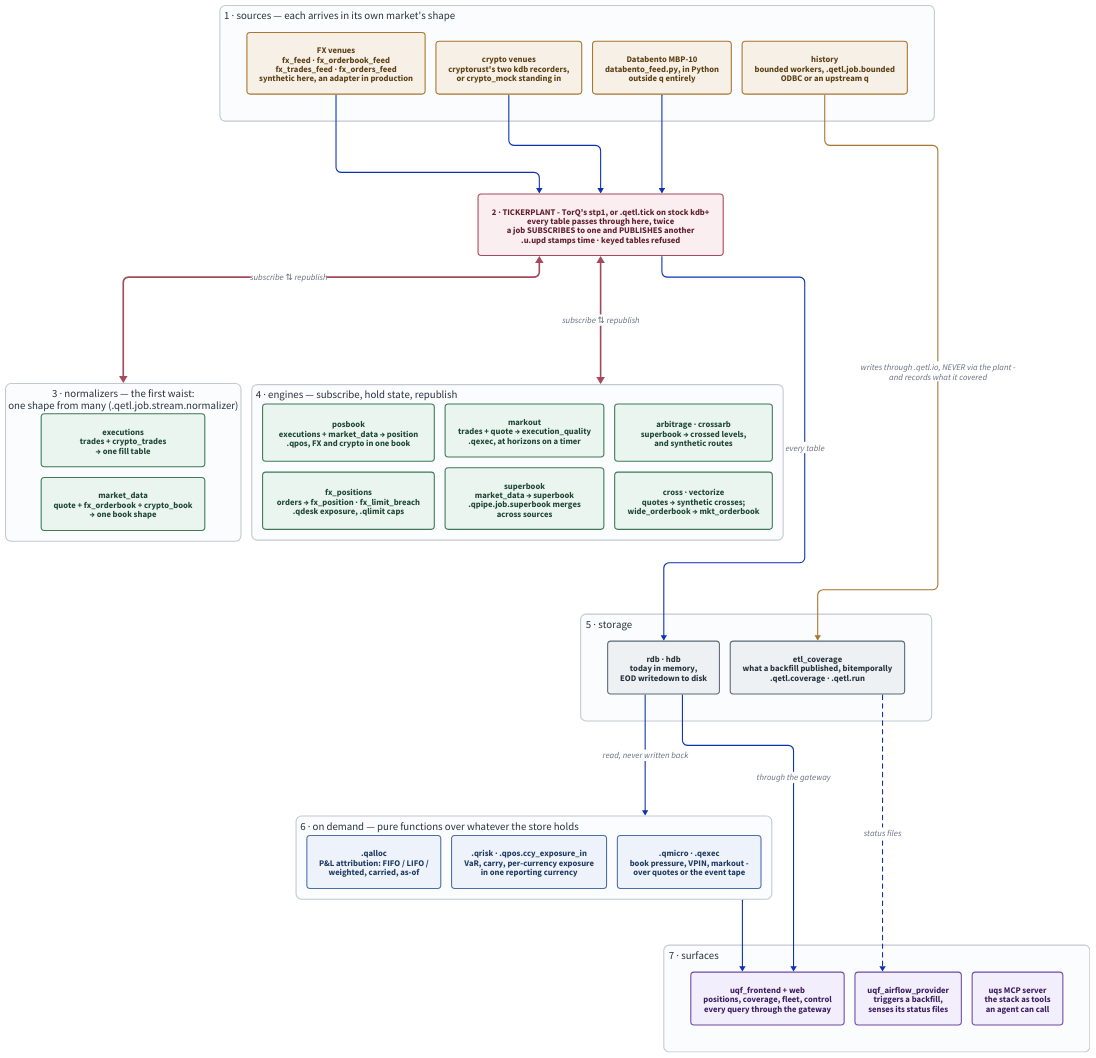
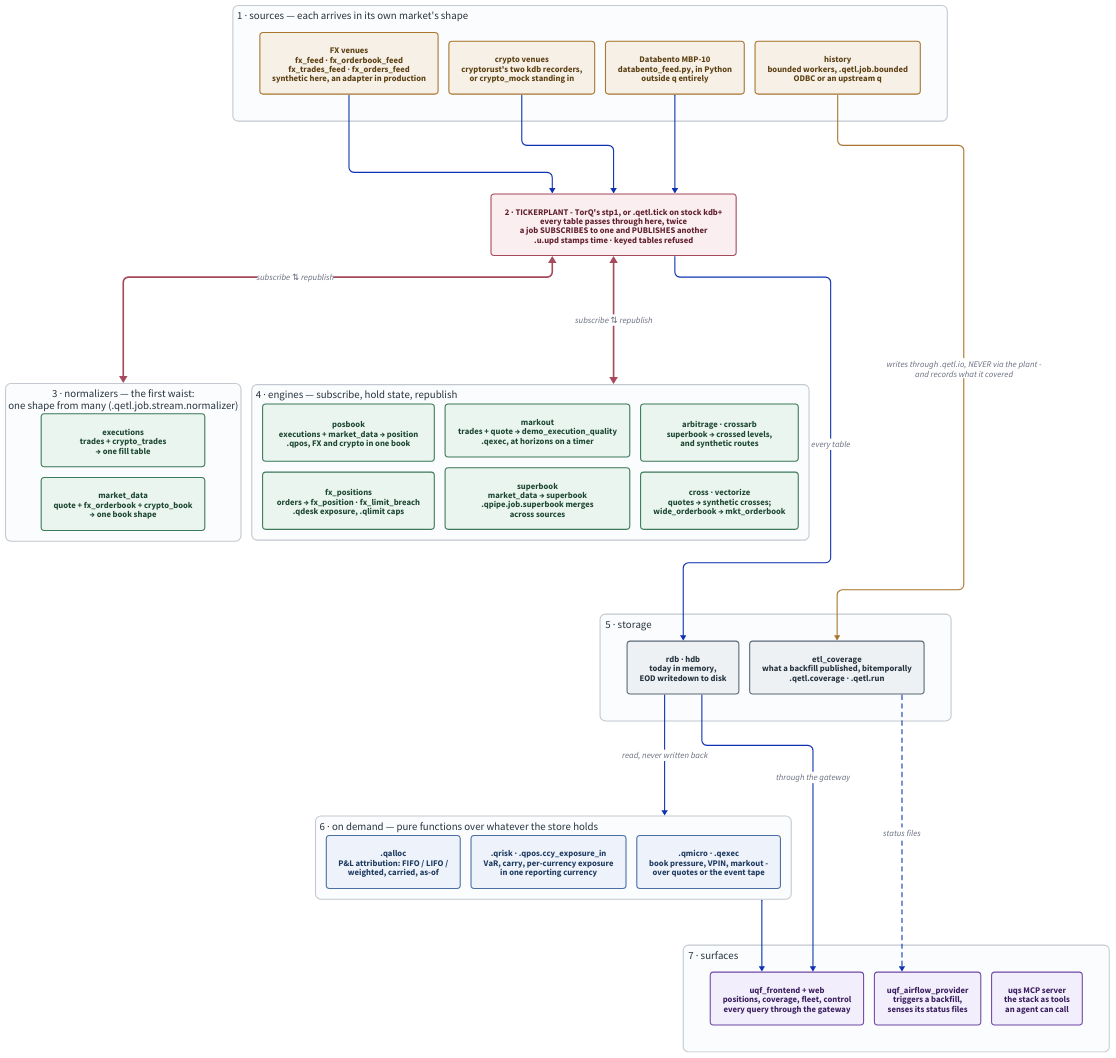
One commit to kwojdalski/uqf changed the diagram in docs/diagrams/pipeline-architecture-example.d2. Above: the diagram before and after it, drawn with D2. The commit also changed 68 other files, not shown here.

```diff
--- a/docs/diagrams/pipeline-architecture-example.d2
+++ b/docs/diagrams/pipeline-architecture-example.d2
@@ -143,7 +143,7 @@
 
   posbook: "posbook\nexecutions + market_data → position\n.qpos, FX and crypto in one book" { class: job }
   fxpos: "fx_positions\norders → fx_position · fx_limit_breach\n.qdesk exposure, .qlimit caps" { class: job }
-  markout: "markout\ntrades + quote → execution_quality\n.qexec, at horizons on a timer" { class: job }
+  markout: "markout\ntrades + quote → demo_execution_quality\n.qexec, at horizons on a timer" { class: job }
   superbook: "superbook\nmarket_data → superbook\n.qpipe.job.superbook merges\nacross sources" { class: job }
   arb: "arbitrage · crossarb\nsuperbook → crossed levels,\nand synthetic routes" { class: job }
   reshape: "cross · vectorize\nquotes → synthetic crosses;\nwide_orderbook → mkt_orderbook" { class: job }
```
